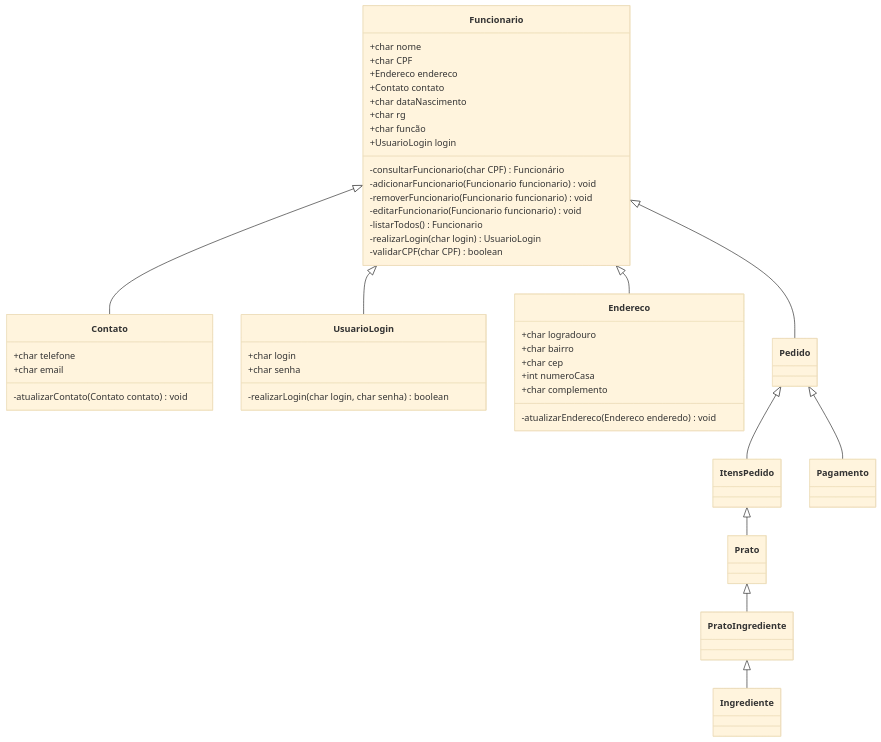
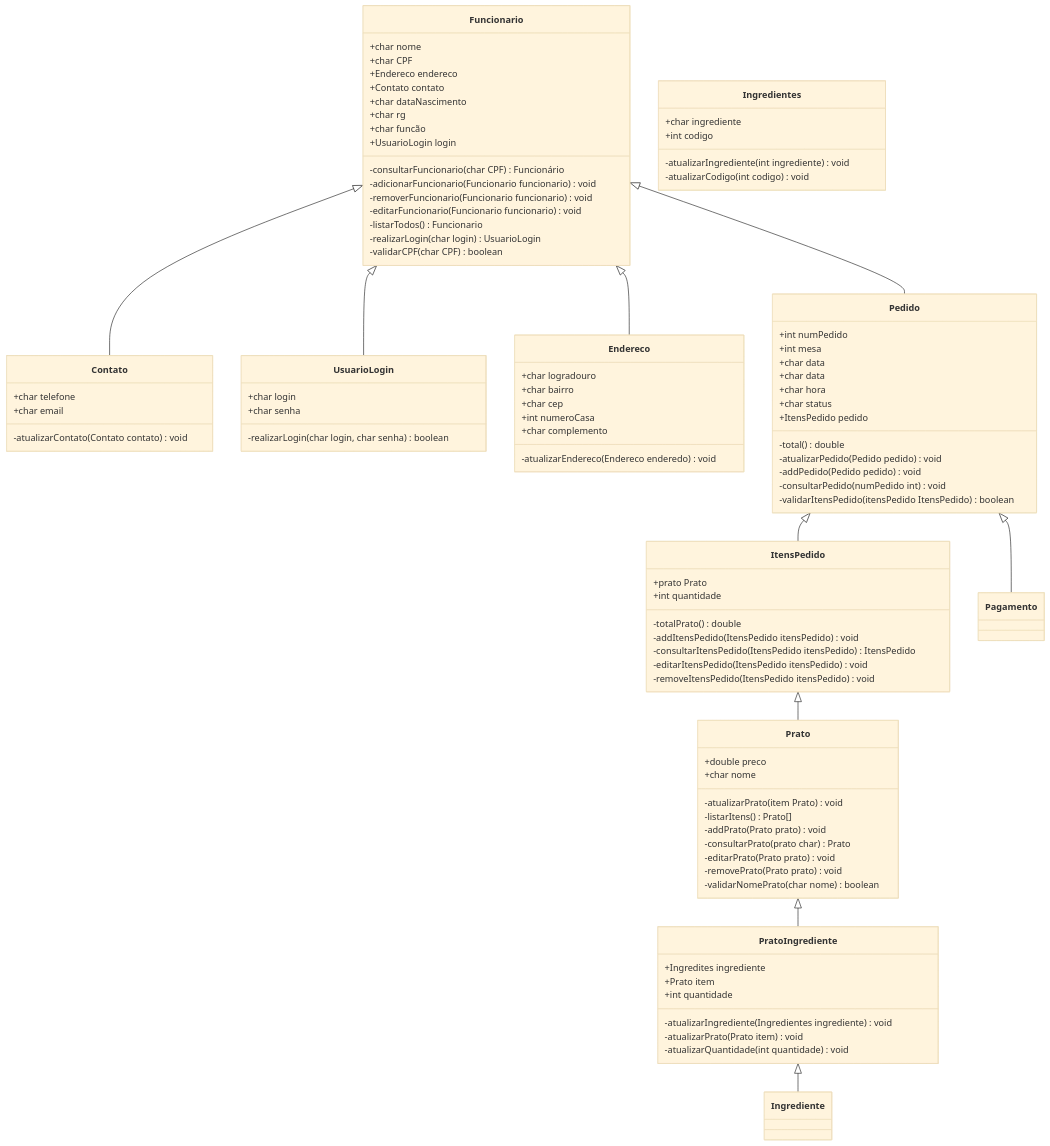
One commit to OliveiraAnna99/es-sigres changed the first of 2 diagrams in docs/doc-modelos.md. Above: the diagram before and after it, drawn with Mermaid (base theme). The commit also changed other lines of this file, not shown here.

Commit message:
Concluído a descrição das entidades (#10)

````diff
--- a/docs/doc-modelos.md
+++ b/docs/doc-modelos.md
@@ -69,4 +69,62 @@
         -atualizarEndereco(Endereco enderedo) void
     }
 
+    class Pedido{
+        +int numPedido
+        +int mesa
+        +char data
+        +char data
+        +char hora
+        +char status
+        +ItensPedido pedido
+
+        -total() double
+        -atualizarPedido(Pedido pedido) void
+        -addPedido(Pedido pedido) void
+        -consultarPedido(numPedido int) void
+        -validarItensPedido(itensPedido ItensPedido) boolean
+    }
+
+    class ItensPedido{
+        +prato Prato
+        +int quantidade
+
+        -totalPrato() double
+        -addItensPedido(ItensPedido itensPedido) void
+        -consultarItensPedido(ItensPedido itensPedido) ItensPedido
+        -editarItensPedido(ItensPedido itensPedido) void
+        -removeItensPedido(ItensPedido itensPedido) void
+    }
+
+    class Prato{
+        +double preco
+        +char nome
+
+        -atualizarPrato(item Prato) void
+        -listarItens() Prato[]
+        -addPrato(Prato prato) void
+        -consultarPrato(prato char) Prato
+        -editarPrato(Prato prato) void
+        -removePrato(Prato prato) void
+        -validarNomePrato(char nome) boolean
+    }
+
+    class PratoIngrediente{
+        +Ingredites ingrediente
+        +Prato item
+        +int quantidade
+
+        -atualizarIngrediente(Ingredientes ingrediente) void
+        -atualizarPrato(Prato item) void
+        -atualizarQuantidade(int quantidade) void
+    }
+
+    class Ingredientes{
+        +char ingrediente
+        +int codigo
+
+        -atualizarIngrediente(int ingrediente) void
+        -atualizarCodigo(int codigo) void
+    }
+
 ```
````
